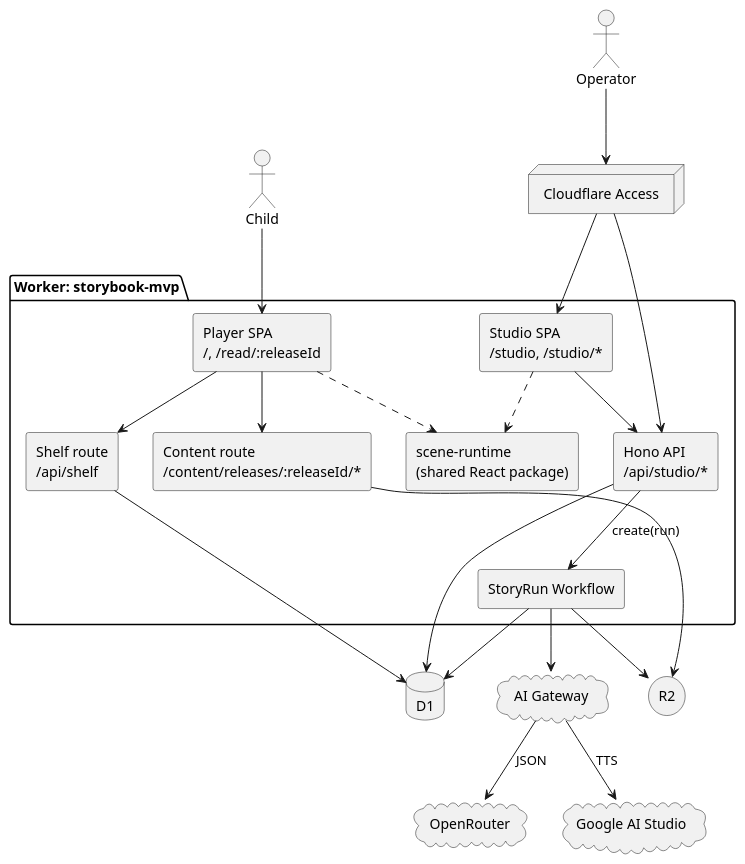
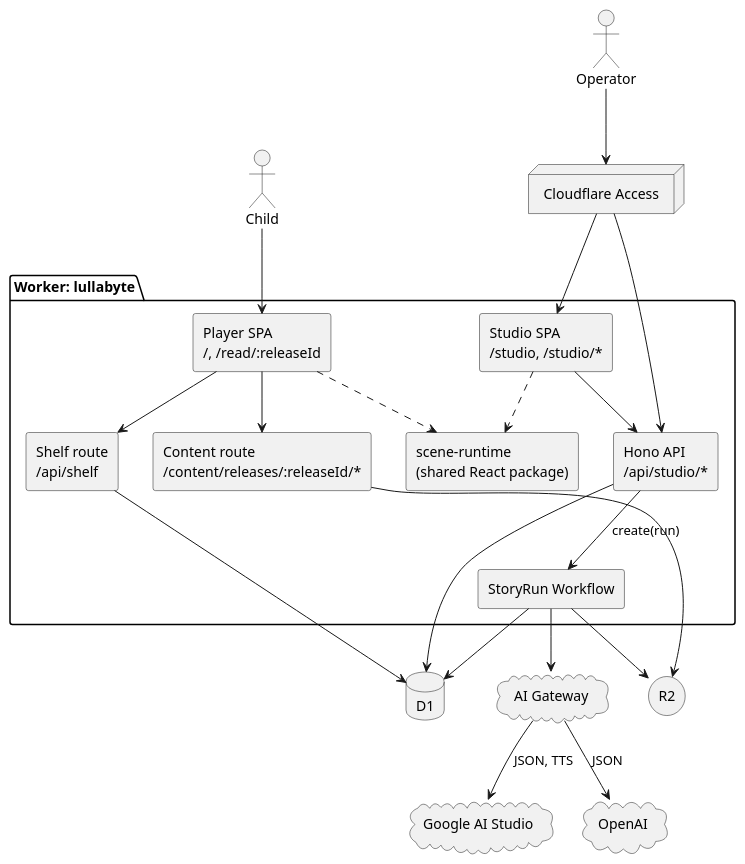
One commit to sem-baby-cmu/goodnight-ai-news changed the first of 2 diagrams in docs/specs/storybook-mvp/design.md. Above: the diagram before and after it, drawn with PlantUML. The commit also changed other lines of this file and 7 other files, not shown here.

````diff
--- a/docs/specs/storybook-mvp/design.md
+++ b/docs/specs/storybook-mvp/design.md
@@ -48,43 +48,43 @@
 ```plantuml
 @startuml
 skinparam componentStyle rectangle
 actor Operator
 actor Child
 
-package "Worker: storybook-mvp" {
+package "Worker: lullabyte" {
   [Studio SPA\n/studio, /studio/*] as Studio
   [Player SPA\n/, /read/:releaseId] as Player
   [Hono API\n/api/studio/*] as API
   [Content route\n/content/releases/:releaseId/*] as Content
   [Shelf route\n/api/shelf] as Shelf
   [StoryRun Workflow] as WF
   [scene-runtime\n(shared React package)] as Runtime
 }
 
 database "D1" as D1
 storage "R2" as R2
 cloud "AI Gateway" as GW
-cloud "OpenRouter" as OR
 cloud "Google AI Studio" as GAS
+cloud "OpenAI" as OAI
 node "Cloudflare Access" as Access
 
 Operator --> Access
 Access --> Studio
 Access --> API
 Child --> Player
 Studio ..> Runtime
 Player ..> Runtime
 Studio --> API
 API --> D1
 API --> WF : create(run)
 WF --> D1
 WF --> R2
 WF --> GW
-GW --> OR : JSON
-GW --> GAS : TTS
+GW --> GAS : JSON, TTS
+GW --> OAI : JSON
 Player --> Content
 Content --> R2
 Player --> Shelf
 Shelf --> D1
 @enduml
 ```
````
